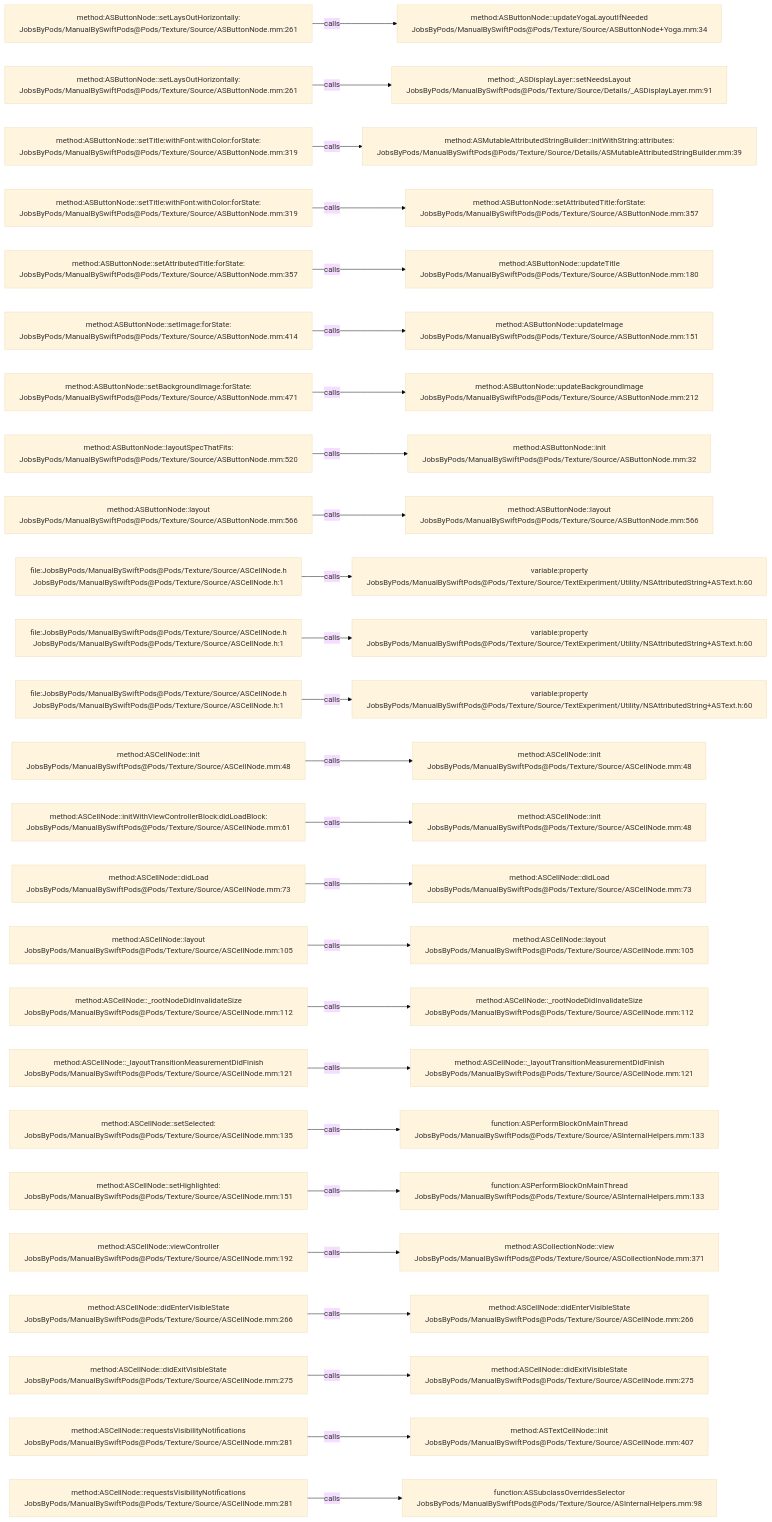
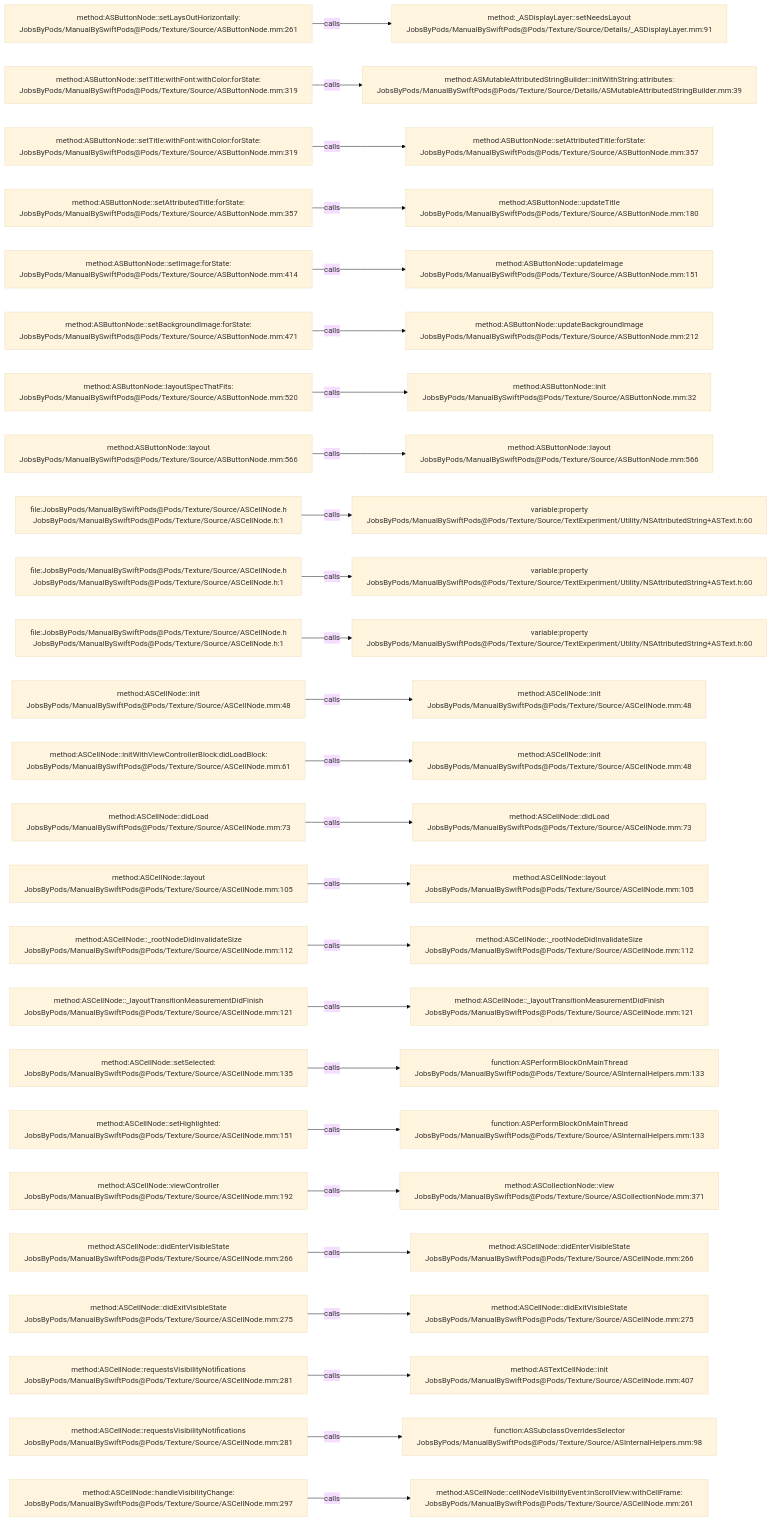
The diagram in .codegraph/codegraph.md/graphs/calls-004.md (JobsKits/JobsSwiftBaseConfigDemo), drawn with Mermaid (base theme) before and after one commit. The commit also changed 747 other files, not shown here.

````diff
--- a/.codegraph/codegraph.md/graphs/calls-004.md
+++ b/.codegraph/codegraph.md/graphs/calls-004.md
@@ -13,78 +13,78 @@
 ```mermaid
 flowchart LR
   S1["method:ASButtonNode::setLaysOutHorizontally:<br/>JobsByPods/ManualBySwiftPods@Pods/Texture/Source/ASButtonNode.mm:261"]
-  T1["method:ASButtonNode::updateYogaLayoutIfNeeded<br/>JobsByPods/ManualBySwiftPods@Pods/Texture/Source/ASButtonNode+Yoga.mm:34"]
+  T1["method:_ASDisplayLayer::setNeedsLayout<br/>JobsByPods/ManualBySwiftPods@Pods/Texture/Source/Details/_ASDisplayLayer.mm:91"]
   S1 -->|calls| T1
-  S2["method:ASButtonNode::setLaysOutHorizontally:<br/>JobsByPods/ManualBySwiftPods@Pods/Texture/Source/ASButtonNode.mm:261"]
-  T2["method:_ASDisplayLayer::setNeedsLayout<br/>JobsByPods/ManualBySwiftPods@Pods/Texture/Source/Details/_ASDisplayLayer.mm:91"]
+  S2["method:ASButtonNode::setTitle:withFont:withColor:forState:<br/>JobsByPods/ManualBySwiftPods@Pods/Texture/Source/ASButtonNode.mm:319"]
+  T2["method:ASMutableAttributedStringBuilder::initWithString:attributes:<br/>JobsByPods/ManualBySwiftPods@Pods/Texture/Source/Details/ASMutableAttributedStringBuilder.mm:39"]
   S2 -->|calls| T2
   S3["method:ASButtonNode::setTitle:withFont:withColor:forState:<br/>JobsByPods/ManualBySwiftPods@Pods/Texture/Source/ASButtonNode.mm:319"]
-  T3["method:ASMutableAttributedStringBuilder::initWithString:attributes:<br/>JobsByPods/ManualBySwiftPods@Pods/Texture/Source/Details/ASMutableAttributedStringBuilder.mm:39"]
+  T3["method:ASButtonNode::setAttributedTitle:forState:<br/>JobsByPods/ManualBySwiftPods@Pods/Texture/Source/ASButtonNode.mm:357"]
   S3 -->|calls| T3
-  S4["method:ASButtonNode::setTitle:withFont:withColor:forState:<br/>JobsByPods/ManualBySwiftPods@Pods/Texture/Source/ASButtonNode.mm:319"]
-  T4["method:ASButtonNode::setAttributedTitle:forState:<br/>JobsByPods/ManualBySwiftPods@Pods/Texture/Source/ASButtonNode.mm:357"]
+  S4["method:ASButtonNode::setAttributedTitle:forState:<br/>JobsByPods/ManualBySwiftPods@Pods/Texture/Source/ASButtonNode.mm:357"]
+  T4["method:ASButtonNode::updateTitle<br/>JobsByPods/ManualBySwiftPods@Pods/Texture/Source/ASButtonNode.mm:180"]
   S4 -->|calls| T4
-  S5["method:ASButtonNode::setAttributedTitle:forState:<br/>JobsByPods/ManualBySwiftPods@Pods/Texture/Source/ASButtonNode.mm:357"]
-  T5["method:ASButtonNode::updateTitle<br/>JobsByPods/ManualBySwiftPods@Pods/Texture/Source/ASButtonNode.mm:180"]
+  S5["method:ASButtonNode::setImage:forState:<br/>JobsByPods/ManualBySwiftPods@Pods/Texture/Source/ASButtonNode.mm:414"]
+  T5["method:ASButtonNode::updateImage<br/>JobsByPods/ManualBySwiftPods@Pods/Texture/Source/ASButtonNode.mm:151"]
   S5 -->|calls| T5
-  S6["method:ASButtonNode::setImage:forState:<br/>JobsByPods/ManualBySwiftPods@Pods/Texture/Source/ASButtonNode.mm:414"]
-  T6["method:ASButtonNode::updateImage<br/>JobsByPods/ManualBySwiftPods@Pods/Texture/Source/ASButtonNode.mm:151"]
+  S6["method:ASButtonNode::setBackgroundImage:forState:<br/>JobsByPods/ManualBySwiftPods@Pods/Texture/Source/ASButtonNode.mm:471"]
+  T6["method:ASButtonNode::updateBackgroundImage<br/>JobsByPods/ManualBySwiftPods@Pods/Texture/Source/ASButtonNode.mm:212"]
   S6 -->|calls| T6
-  S7["method:ASButtonNode::setBackgroundImage:forState:<br/>JobsByPods/ManualBySwiftPods@Pods/Texture/Source/ASButtonNode.mm:471"]
-  T7["method:ASButtonNode::updateBackgroundImage<br/>JobsByPods/ManualBySwiftPods@Pods/Texture/Source/ASButtonNode.mm:212"]
+  S7["method:ASButtonNode::layoutSpecThatFits:<br/>JobsByPods/ManualBySwiftPods@Pods/Texture/Source/ASButtonNode.mm:520"]
+  T7["method:ASButtonNode::init<br/>JobsByPods/ManualBySwiftPods@Pods/Texture/Source/ASButtonNode.mm:32"]
   S7 -->|calls| T7
-  S8["method:ASButtonNode::layoutSpecThatFits:<br/>JobsByPods/ManualBySwiftPods@Pods/Texture/Source/ASButtonNode.mm:520"]
-  T8["method:ASButtonNode::init<br/>JobsByPods/ManualBySwiftPods@Pods/Texture/Source/ASButtonNode.mm:32"]
+  S8["method:ASButtonNode::layout<br/>JobsByPods/ManualBySwiftPods@Pods/Texture/Source/ASButtonNode.mm:566"]
+  T8["method:ASButtonNode::layout<br/>JobsByPods/ManualBySwiftPods@Pods/Texture/Source/ASButtonNode.mm:566"]
   S8 -->|calls| T8
-  S9["method:ASButtonNode::layout<br/>JobsByPods/ManualBySwiftPods@Pods/Texture/Source/ASButtonNode.mm:566"]
-  T9["method:ASButtonNode::layout<br/>JobsByPods/ManualBySwiftPods@Pods/Texture/Source/ASButtonNode.mm:566"]
+  S9["file:JobsByPods/ManualBySwiftPods@Pods/Texture/Source/ASCellNode.h<br/>JobsByPods/ManualBySwiftPods@Pods/Texture/Source/ASCellNode.h:1"]
+  T9["variable:property<br/>JobsByPods/ManualBySwiftPods@Pods/Texture/Source/TextExperiment/Utility/NSAttributedString+ASText.h:60"]
   S9 -->|calls| T9
   S10["file:JobsByPods/ManualBySwiftPods@Pods/Texture/Source/ASCellNode.h<br/>JobsByPods/ManualBySwiftPods@Pods/Texture/Source/ASCellNode.h:1"]
   T10["variable:property<br/>JobsByPods/ManualBySwiftPods@Pods/Texture/Source/TextExperiment/Utility/NSAttributedString+ASText.h:60"]
   S10 -->|calls| T10
   S11["file:JobsByPods/ManualBySwiftPods@Pods/Texture/Source/ASCellNode.h<br/>JobsByPods/ManualBySwiftPods@Pods/Texture/Source/ASCellNode.h:1"]
   T11["variable:property<br/>JobsByPods/ManualBySwiftPods@Pods/Texture/Source/TextExperiment/Utility/NSAttributedString+ASText.h:60"]
   S11 -->|calls| T11
-  S12["file:JobsByPods/ManualBySwiftPods@Pods/Texture/Source/ASCellNode.h<br/>JobsByPods/ManualBySwiftPods@Pods/Texture/Source/ASCellNode.h:1"]
-  T12["variable:property<br/>JobsByPods/ManualBySwiftPods@Pods/Texture/Source/TextExperiment/Utility/NSAttributedString+ASText.h:60"]
+  S12["method:ASCellNode::init<br/>JobsByPods/ManualBySwiftPods@Pods/Texture/Source/ASCellNode.mm:48"]
+  T12["method:ASCellNode::init<br/>JobsByPods/ManualBySwiftPods@Pods/Texture/Source/ASCellNode.mm:48"]
   S12 -->|calls| T12
-  S13["method:ASCellNode::init<br/>JobsByPods/ManualBySwiftPods@Pods/Texture/Source/ASCellNode.mm:48"]
+  S13["method:ASCellNode::initWithViewControllerBlock:didLoadBlock:<br/>JobsByPods/ManualBySwiftPods@Pods/Texture/Source/ASCellNode.mm:61"]
   T13["method:ASCellNode::init<br/>JobsByPods/ManualBySwiftPods@Pods/Texture/Source/ASCellNode.mm:48"]
   S13 -->|calls| T13
-  S14["method:ASCellNode::initWithViewControllerBlock:didLoadBlock:<br/>JobsByPods/ManualBySwiftPods@Pods/Texture/Source/ASCellNode.mm:61"]
-  T14["method:ASCellNode::init<br/>JobsByPods/ManualBySwiftPods@Pods/Texture/Source/ASCellNode.mm:48"]
+  S14["method:ASCellNode::didLoad<br/>JobsByPods/ManualBySwiftPods@Pods/Texture/Source/ASCellNode.mm:73"]
+  T14["method:ASCellNode::didLoad<br/>JobsByPods/ManualBySwiftPods@Pods/Texture/Source/ASCellNode.mm:73"]
   S14 -->|calls| T14
-  S15["method:ASCellNode::didLoad<br/>JobsByPods/ManualBySwiftPods@Pods/Texture/Source/ASCellNode.mm:73"]
-  T15["method:ASCellNode::didLoad<br/>JobsByPods/ManualBySwiftPods@Pods/Texture/Source/ASCellNode.mm:73"]
+  S15["method:ASCellNode::layout<br/>JobsByPods/ManualBySwiftPods@Pods/Texture/Source/ASCellNode.mm:105"]
+  T15["method:ASCellNode::layout<br/>JobsByPods/ManualBySwiftPods@Pods/Texture/Source/ASCellNode.mm:105"]
   S15 -->|calls| T15
-  S16["method:ASCellNode::layout<br/>JobsByPods/ManualBySwiftPods@Pods/Texture/Source/ASCellNode.mm:105"]
-  T16["method:ASCellNode::layout<br/>JobsByPods/ManualBySwiftPods@Pods/Texture/Source/ASCellNode.mm:105"]
+  S16["method:ASCellNode::_rootNodeDidInvalidateSize<br/>JobsByPods/ManualBySwiftPods@Pods/Texture/Source/ASCellNode.mm:112"]
+  T16["method:ASCellNode::_rootNodeDidInvalidateSize<br/>JobsByPods/ManualBySwiftPods@Pods/Texture/Source/ASCellNode.mm:112"]
   S16 -->|calls| T16
-  S17["method:ASCellNode::_rootNodeDidInvalidateSize<br/>JobsByPods/ManualBySwiftPods@Pods/Texture/Source/ASCellNode.mm:112"]
-  T17["method:ASCellNode::_rootNodeDidInvalidateSize<br/>JobsByPods/ManualBySwiftPods@Pods/Texture/Source/ASCellNode.mm:112"]
+  S17["method:ASCellNode::_layoutTransitionMeasurementDidFinish<br/>JobsByPods/ManualBySwiftPods@Pods/Texture/Source/ASCellNode.mm:121"]
+  T17["method:ASCellNode::_layoutTransitionMeasurementDidFinish<br/>JobsByPods/ManualBySwiftPods@Pods/Texture/Source/ASCellNode.mm:121"]
   S17 -->|calls| T17
-  S18["method:ASCellNode::_layoutTransitionMeasurementDidFinish<br/>JobsByPods/ManualBySwiftPods@Pods/Texture/Source/ASCellNode.mm:121"]
-  T18["method:ASCellNode::_layoutTransitionMeasurementDidFinish<br/>JobsByPods/ManualBySwiftPods@Pods/Texture/Source/ASCellNode.mm:121"]
+  S18["method:ASCellNode::setSelected:<br/>JobsByPods/ManualBySwiftPods@Pods/Texture/Source/ASCellNode.mm:135"]
+  T18["function:ASPerformBlockOnMainThread<br/>JobsByPods/ManualBySwiftPods@Pods/Texture/Source/ASInternalHelpers.mm:133"]
   S18 -->|calls| T18
-  S19["method:ASCellNode::setSelected:<br/>JobsByPods/ManualBySwiftPods@Pods/Texture/Source/ASCellNode.mm:135"]
+  S19["method:ASCellNode::setHighlighted:<br/>JobsByPods/ManualBySwiftPods@Pods/Texture/Source/ASCellNode.mm:151"]
   T19["function:ASPerformBlockOnMainThread<br/>JobsByPods/ManualBySwiftPods@Pods/Texture/Source/ASInternalHelpers.mm:133"]
   S19 -->|calls| T19
-  S20["method:ASCellNode::setHighlighted:<br/>JobsByPods/ManualBySwiftPods@Pods/Texture/Source/ASCellNode.mm:151"]
-  T20["function:ASPerformBlockOnMainThread<br/>JobsByPods/ManualBySwiftPods@Pods/Texture/Source/ASInternalHelpers.mm:133"]
+  S20["method:ASCellNode::viewController<br/>JobsByPods/ManualBySwiftPods@Pods/Texture/Source/ASCellNode.mm:192"]
+  T20["method:ASCollectionNode::view<br/>JobsByPods/ManualBySwiftPods@Pods/Texture/Source/ASCollectionNode.mm:371"]
   S20 -->|calls| T20
-  S21["method:ASCellNode::viewController<br/>JobsByPods/ManualBySwiftPods@Pods/Texture/Source/ASCellNode.mm:192"]
-  T21["method:ASCollectionNode::view<br/>JobsByPods/ManualBySwiftPods@Pods/Texture/Source/ASCollectionNode.mm:371"]
+  S21["method:ASCellNode::didEnterVisibleState<br/>JobsByPods/ManualBySwiftPods@Pods/Texture/Source/ASCellNode.mm:266"]
+  T21["method:ASCellNode::didEnterVisibleState<br/>JobsByPods/ManualBySwiftPods@Pods/Texture/Source/ASCellNode.mm:266"]
   S21 -->|calls| T21
-  S22["method:ASCellNode::didEnterVisibleState<br/>JobsByPods/ManualBySwiftPods@Pods/Texture/Source/ASCellNode.mm:266"]
-  T22["method:ASCellNode::didEnterVisibleState<br/>JobsByPods/ManualBySwiftPods@Pods/Texture/Source/ASCellNode.mm:266"]
+  S22["method:ASCellNode::didExitVisibleState<br/>JobsByPods/ManualBySwiftPods@Pods/Texture/Source/ASCellNode.mm:275"]
+  T22["method:ASCellNode::didExitVisibleState<br/>JobsByPods/ManualBySwiftPods@Pods/Texture/Source/ASCellNode.mm:275"]
   S22 -->|calls| T22
-  S23["method:ASCellNode::didExitVisibleState<br/>JobsByPods/ManualBySwiftPods@Pods/Texture/Source/ASCellNode.mm:275"]
-  T23["method:ASCellNode::didExitVisibleState<br/>JobsByPods/ManualBySwiftPods@Pods/Texture/Source/ASCellNode.mm:275"]
+  S23["method:ASCellNode::requestsVisibilityNotifications<br/>JobsByPods/ManualBySwiftPods@Pods/Texture/Source/ASCellNode.mm:281"]
+  T23["method:ASTextCellNode::init<br/>JobsByPods/ManualBySwiftPods@Pods/Texture/Source/ASCellNode.mm:407"]
   S23 -->|calls| T23
   S24["method:ASCellNode::requestsVisibilityNotifications<br/>JobsByPods/ManualBySwiftPods@Pods/Texture/Source/ASCellNode.mm:281"]
-  T24["method:ASTextCellNode::init<br/>JobsByPods/ManualBySwiftPods@Pods/Texture/Source/ASCellNode.mm:407"]
+  T24["function:ASSubclassOverridesSelector<br/>JobsByPods/ManualBySwiftPods@Pods/Texture/Source/ASInternalHelpers.mm:98"]
   S24 -->|calls| T24
-  S25["method:ASCellNode::requestsVisibilityNotifications<br/>JobsByPods/ManualBySwiftPods@Pods/Texture/Source/ASCellNode.mm:281"]
-  T25["function:ASSubclassOverridesSelector<br/>JobsByPods/ManualBySwiftPods@Pods/Texture/Source/ASInternalHelpers.mm:98"]
+  S25["method:ASCellNode::handleVisibilityChange:<br/>JobsByPods/ManualBySwiftPods@Pods/Texture/Source/ASCellNode.mm:297"]
+  T25["method:ASCellNode::cellNodeVisibilityEvent:inScrollView:withCellFrame:<br/>JobsByPods/ManualBySwiftPods@Pods/Texture/Source/ASCellNode.mm:261"]
   S25 -->|calls| T25
 ```
````
